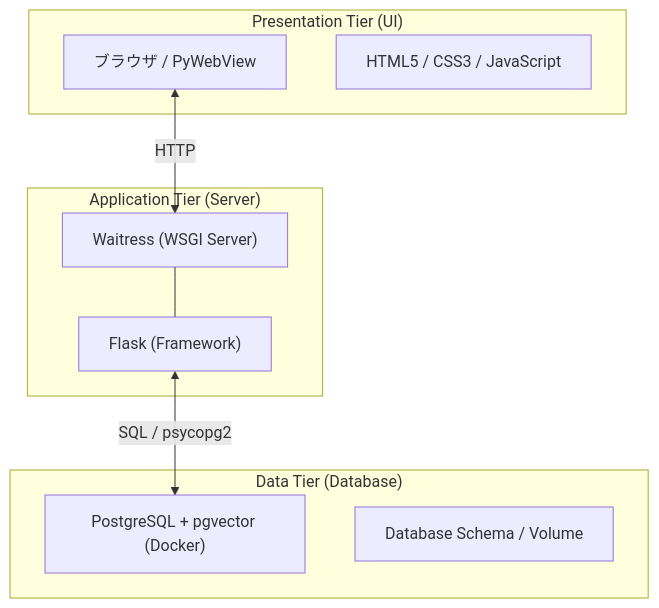
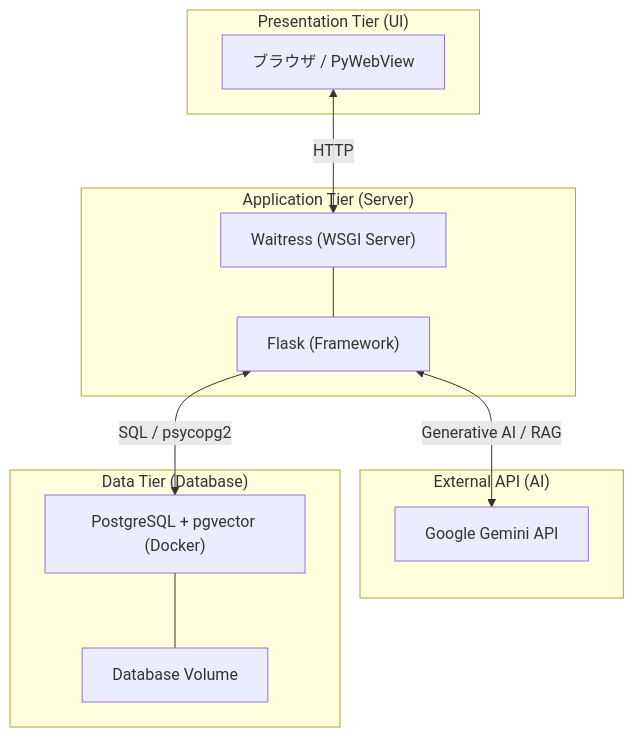
One commit to soulsand08/family_fishing changed the diagram in README.md. Above: the diagram before and after it, drawn with Mermaid. The commit also changed 1 other file, not shown here.

Commit message:
update commit

````diff
--- a/README.md
+++ b/README.md
@@ -17,21 +17,26 @@
 ```mermaid
 graph TD
     subgraph "Presentation Tier (UI)"
         A["ブラウザ / PyWebView"]
-        B["HTML5 / CSS3 / JavaScript"]
     end
 
     subgraph "Application Tier (Server)"
-        C["Waitress (WSGI Server)"]
-        D["Flask (Framework)"]
+        B["Waitress (WSGI Server)"]
+        C["Flask (Framework)"]
+    end
+
+    subgraph "External API (AI)"
+        G["Google Gemini API"]
     end
 
     subgraph "Data Tier (Database)"
-        E["PostgreSQL + pgvector (Docker)"]
-        F["Database Schema / Volume"]
+        D["PostgreSQL + pgvector (Docker)"]
+        E["Database Volume"]
     end
 
-    A <-->|HTTP| C
-    C --- D
-    D <-->|SQL / psycopg2| E
+    A <-->|HTTP| B
+    B --- C
+    C <-->|SQL / psycopg2| D
+    C <-->|Generative AI / RAG| G
+    D --- E
 ```
````
